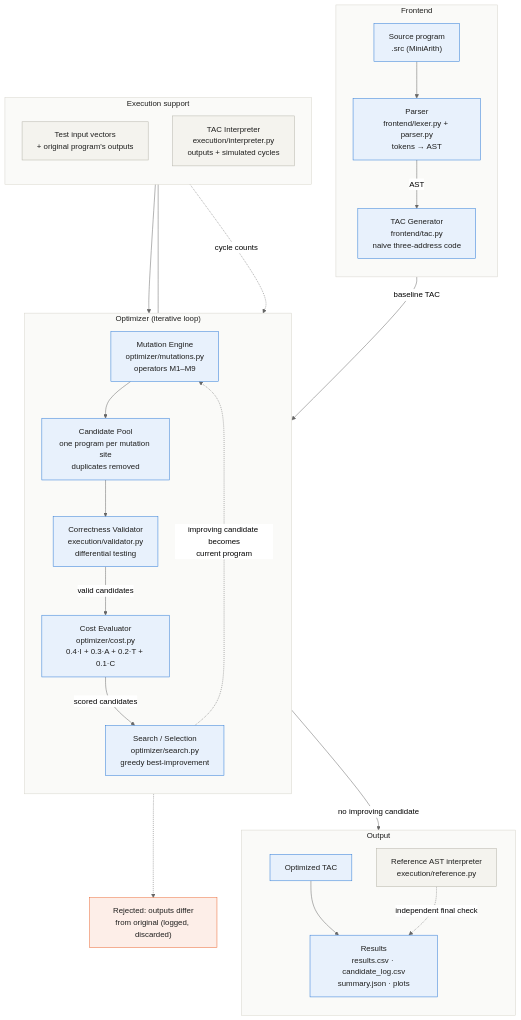
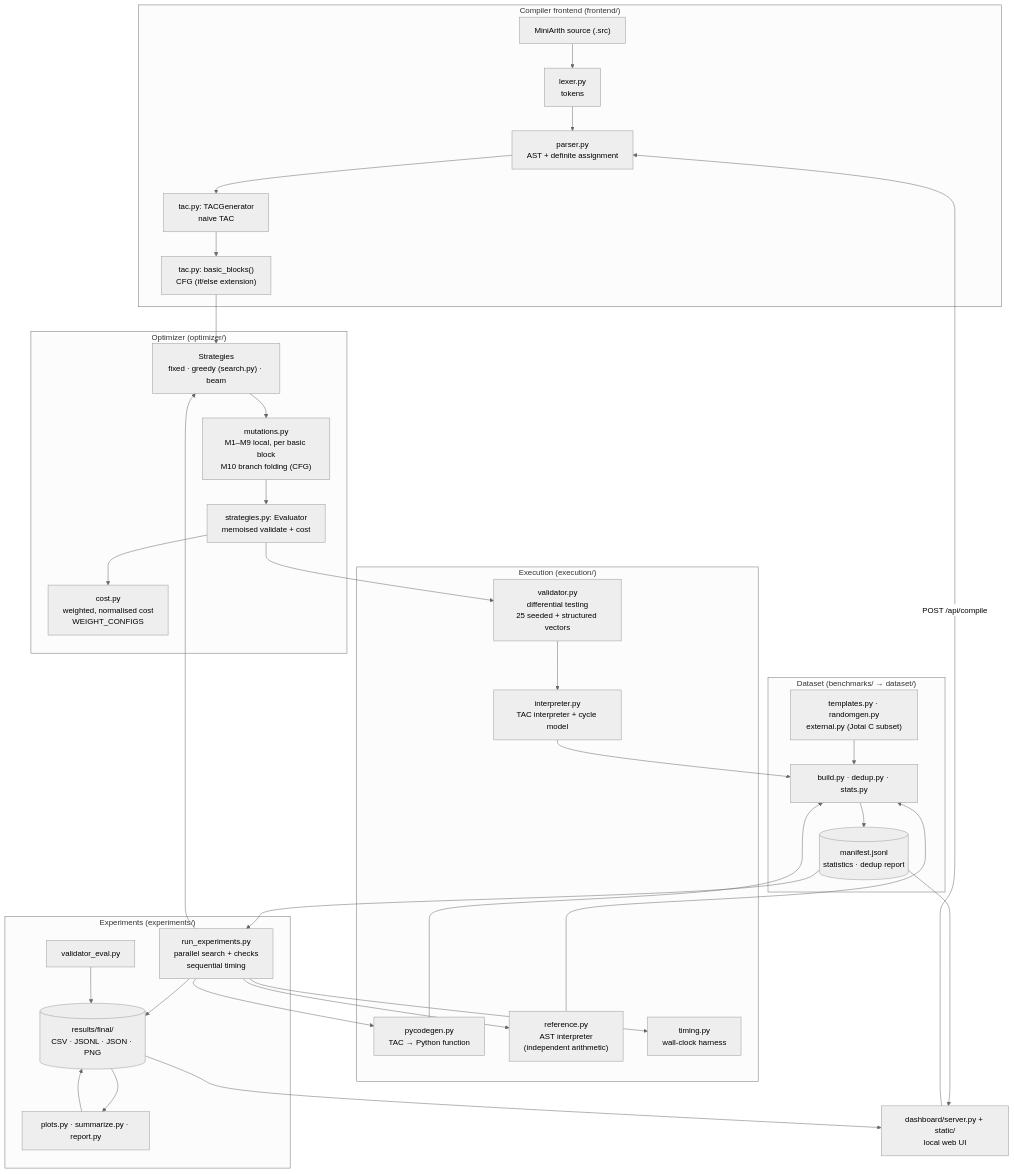
The diagram in docs/architecture.mmd (mridulk-dev/mutation-based-compiler-optimizer), drawn with Mermaid (neutral theme) before and after one commit. The commit also changed 10 other files, not shown here.

First line of the commit message:
Docs: report draft, generated results, limitations, demo guide, slides outline

```diff
--- a/docs/architecture.mmd
+++ b/docs/architecture.mmd
@@ -1,51 +1,50 @@
 flowchart TB
-    subgraph FE["Frontend"]
-        direction TB
-        SRC["Source program<br/>.src (MiniArith)"]
-        PAR["Parser<br/>frontend/lexer.py + parser.py<br/>tokens → AST"]
-        TAC["TAC Generator<br/>frontend/tac.py<br/>naive three-address code"]
+    subgraph FE["Compiler frontend (frontend/)"]
+        SRC["MiniArith source (.src)"] --> LEX["lexer.py<br/>tokens"] --> PAR["parser.py<br/>AST + definite assignment"]
+        PAR --> GEN["tac.py: TACGenerator<br/>naive TAC"]
+        GEN --> CFG["tac.py: basic_blocks()<br/>CFG (if/else extension)"]
     end
+    subgraph OPT["Optimizer (optimizer/)"]
+        MUT["mutations.py<br/>M1–M9 local, per basic block<br/>M10 branch folding (CFG)"]
+        EVAL["strategies.py: Evaluator<br/>memoised validate + cost"]
+        COST["cost.py<br/>weighted, normalised cost<br/>WEIGHT_CONFIGS"]
+        STRAT["Strategies<br/>fixed · greedy (search.py) · beam"]
+    end
+    subgraph EXE["Execution (execution/)"]
+        VAL["validator.py<br/>differential testing<br/>25 seeded + structured vectors"]
+        INT["interpreter.py<br/>TAC interpreter + cycle model"]
+        PYC["pycodegen.py<br/>TAC → Python function"]
+        REF["reference.py<br/>AST interpreter<br/>(independent arithmetic)"]
+        TIM["timing.py<br/>wall-clock harness"]
+    end
+    subgraph DATA["Dataset (benchmarks/ → dataset/)"]
+        TPL["templates.py · randomgen.py<br/>external.py (Jotai C subset)"]
+        BLD["build.py · dedup.py · stats.py"]
+        MAN[("manifest.jsonl<br/>statistics · dedup report")]
+    end
+    subgraph EXP["Experiments (experiments/)"]
+        RUN["run_experiments.py<br/>parallel search + checks<br/>sequential timing"]
+        VE["validator_eval.py"]
+        PLT["plots.py · summarize.py · report.py"]
+        RES[("results/final/<br/>CSV · JSONL · JSON · PNG")]
+    end
+    DASH["dashboard/server.py + static/<br/>local web UI"]
 
-    subgraph OPTZ["Optimizer (iterative loop)"]
-        direction TB
-        ME["Mutation Engine<br/>optimizer/mutations.py<br/>operators M1–M9"]
-        POOL["Candidate Pool<br/>one program per mutation site<br/>duplicates removed"]
-        VAL["Correctness Validator<br/>execution/validator.py<br/>differential testing"]
-        COST["Cost Evaluator<br/>optimizer/cost.py<br/>0.4·I + 0.3·A + 0.2·T + 0.1·C"]
-        SEL["Search / Selection<br/>optimizer/search.py<br/>greedy best-improvement"]
-    end
-
-    subgraph EXE["Execution support"]
-        direction TB
-        INPUTS["Test input vectors<br/>+ original program's outputs"]
-        INT["TAC Interpreter<br/>execution/interpreter.py<br/>outputs + simulated cycles"]
-    end
-
-    subgraph OUTS["Output"]
-        direction TB
-        OPT["Optimized TAC"]
-        RES["Results<br/>results.csv · candidate_log.csv<br/>summary.json · plots"]
-        REF["Reference AST interpreter<br/>execution/reference.py"]
-    end
-
-    SRC --> PAR -->|AST| TAC -->|baseline TAC| ME
-    ME --> POOL --> VAL -->|valid candidates| COST -->|scored candidates| SEL
-    SEL -->|no improving candidate| OPT --> RES
-    SEL -. "improving candidate becomes<br/>current program" .-> ME
-    VAL -.-> REJ["Rejected: outputs differ<br/>from original (logged, discarded)"]
-
-    INPUTS --> VAL
-    INT --- VAL
-    INT -. "cycle counts" .-> COST
-    REF -. "independent final check" .-> RES
-
-    classDef core fill:#e8f1fc,stroke:#2a78d6,color:#1f1f1e
-    classDef support fill:#f4f3ee,stroke:#b4b2a7,color:#1f1f1e
-    classDef reject fill:#fdeee8,stroke:#eb6834,color:#1f1f1e
-    class SRC,PAR,TAC,ME,POOL,VAL,COST,SEL,OPT,RES core
-    class INT,INPUTS,REF support
-    class REJ reject
-    style FE fill:#fafaf8,stroke:#d6d4cb,color:#1f1f1e
-    style OPTZ fill:#fafaf8,stroke:#d6d4cb,color:#1f1f1e
-    style EXE fill:#fafaf8,stroke:#d6d4cb,color:#1f1f1e
-    style OUTS fill:#fafaf8,stroke:#d6d4cb,color:#1f1f1e
+    CFG --> STRAT
+    STRAT --> MUT --> EVAL
+    EVAL --> VAL --> INT
+    EVAL --> COST
+    TPL --> BLD --> MAN
+    REF --> BLD
+    INT --> BLD
+    PYC --> BLD
+    MAN --> RUN --> STRAT
+    RUN --> REF
+    RUN --> PYC
+    RUN --> TIM
+    RUN --> RES
+    VE --> RES
+    RES --> PLT --> RES
+    MAN --> DASH
+    RES --> DASH
+    DASH -- "POST /api/compile" --> PAR
```
